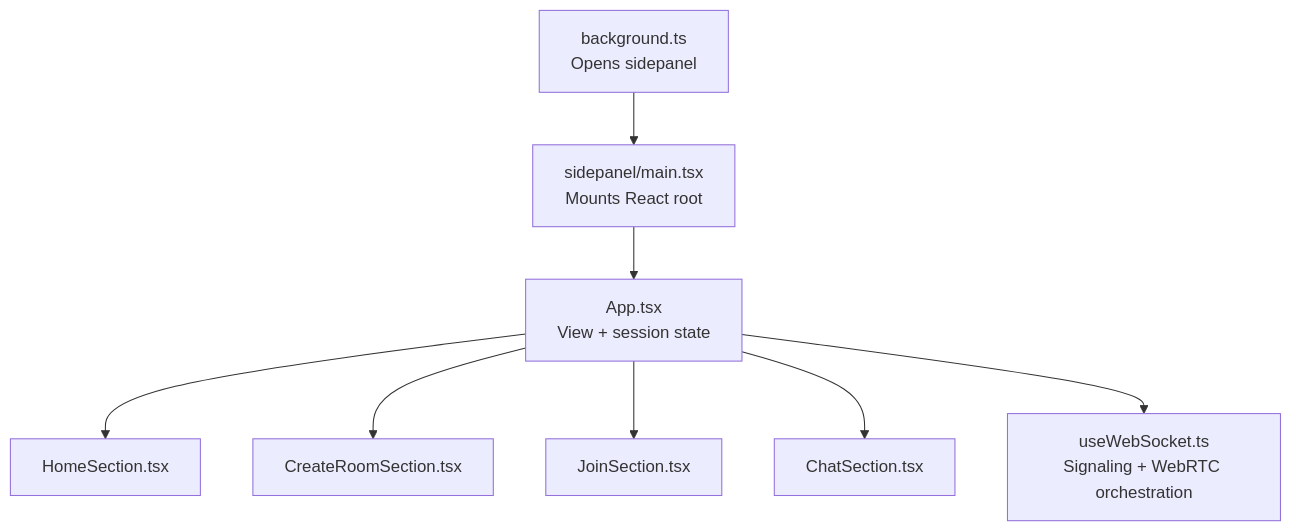
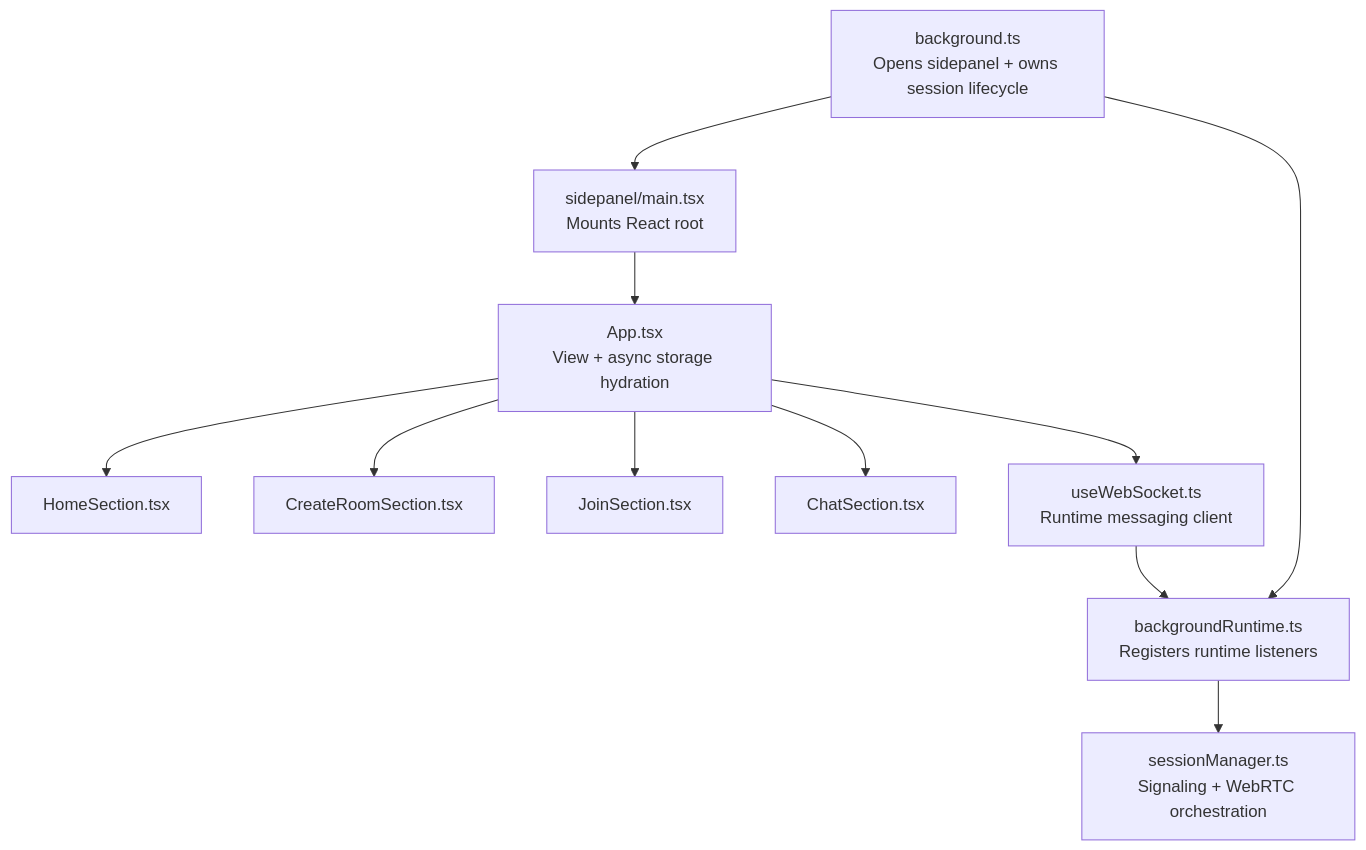
Before and after one commit to crccc/webrtc-chat: the second of 8 diagrams in docs/architecture.md, drawn with Mermaid. The commit also changed other lines of this file and 28 other files, not shown here.

Commit message:
Implement background-owned extension session lifecycle

````diff
--- a/docs/architecture.md
+++ b/docs/architecture.md
@@ -40,19 +50,24 @@
 ```mermaid
 flowchart TD
-  Background[background.ts<br/>Opens sidepanel]
+  Background[background.ts<br/>Opens sidepanel + owns session lifecycle]
   Sidepanel[sidepanel/main.tsx<br/>Mounts React root]
-  App[App.tsx<br/>View + session state]
+  App[App.tsx<br/>View + async storage hydration]
   Create[CreateRoomSection.tsx]
   Join[JoinSection.tsx]
   Home[HomeSection.tsx]
   Chat[ChatSection.tsx]
-  Hook[useWebSocket.ts<br/>Signaling + WebRTC orchestration]
+  Hook[useWebSocket.ts<br/>Runtime messaging client]
+  Bootstrap[backgroundRuntime.ts<br/>Registers runtime listeners]
+  Session[sessionManager.ts<br/>Signaling + WebRTC orchestration]
 
   Background --> Sidepanel
   Sidepanel --> App
   App --> Home
   App --> Create
   App --> Join
   App --> Chat
   App --> Hook
+  Background --> Bootstrap
+  Bootstrap --> Session
+  Hook --> Bootstrap
 ```
````
